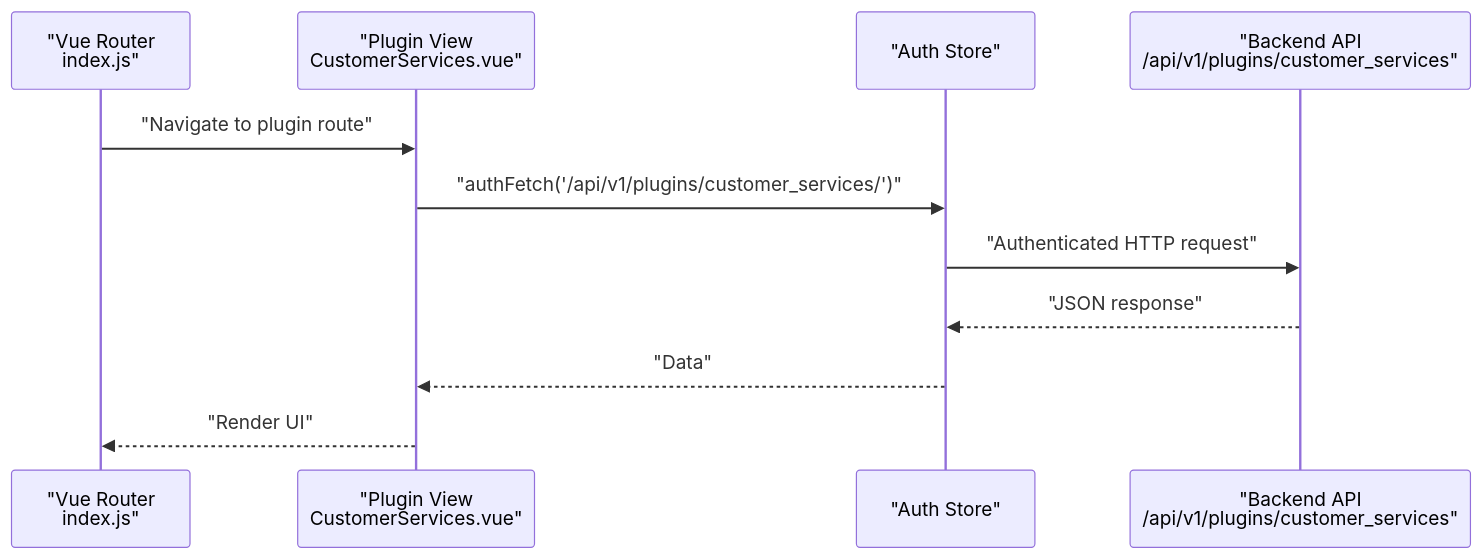
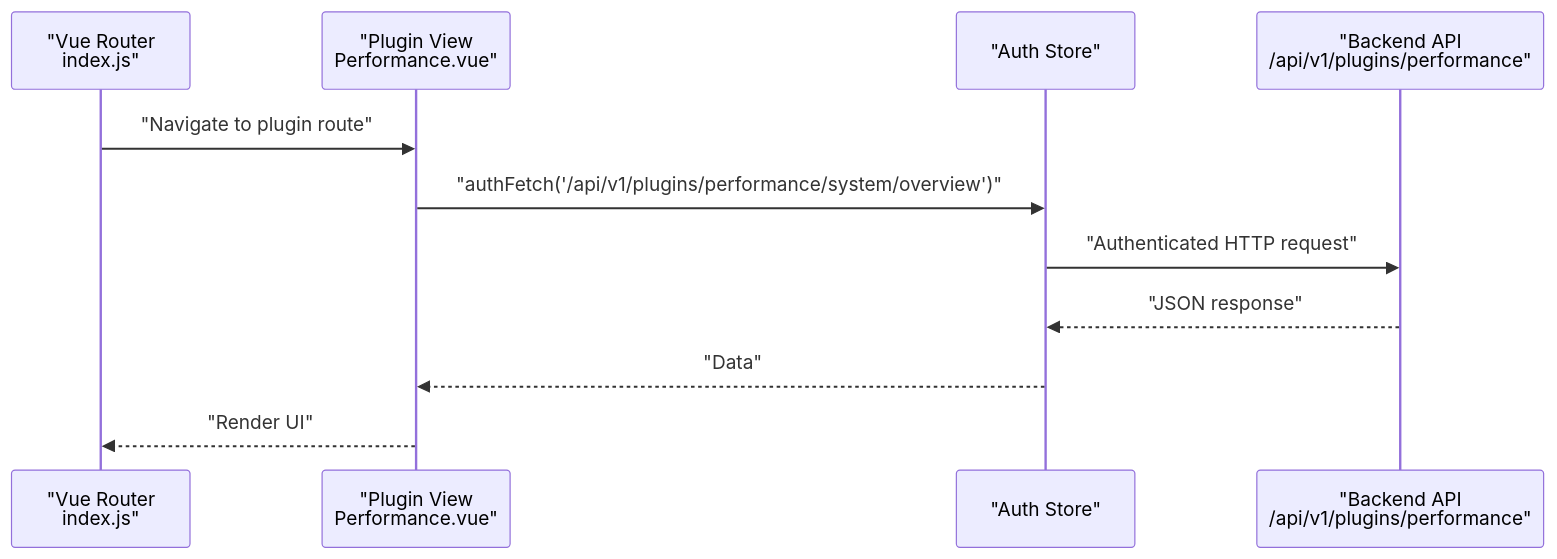
The seventh of 22 diagrams in .qoder/repowiki/en/content/Plugin System Architecture/Plugin System Architecture.md (Nikita5543/New-SSO-02), drawn with Mermaid before and after one commit. The commit also changed other lines of this file and 7 other files, not shown here.

Commit message:
Add Create Service functionality to Customer Services plugin

````diff
--- a/.qoder/repowiki/en/content/Plugin System Architecture/Plugin System Architecture.md
+++ b/.qoder/repowiki/en/content/Plugin System Architecture/Plugin System Architecture.md
@@ -297,13 +321,13 @@
 ```mermaid
 sequenceDiagram
 participant Router as "Vue Router<br/>index.js"
-participant View as "Plugin View<br/>CustomerServices.vue"
+participant View as "Plugin View<br/>Performance.vue"
 participant Auth as "Auth Store"
-participant API as "Backend API<br/>/api/v1/plugins/customer_services"
+participant API as "Backend API<br/>/api/v1/plugins/performance"
 Router->>View : "Navigate to plugin route"
-View->>Auth : "authFetch('/api/v1/plugins/customer_services/')"
+View->>Auth : "authFetch('/api/v1/plugins/performance/system/overview')"
 Auth->>API : "Authenticated HTTP request"
 API-->>Auth : "JSON response"
 Auth-->>View : "Data"
 View-->>Router : "Render UI"
 ```
````
